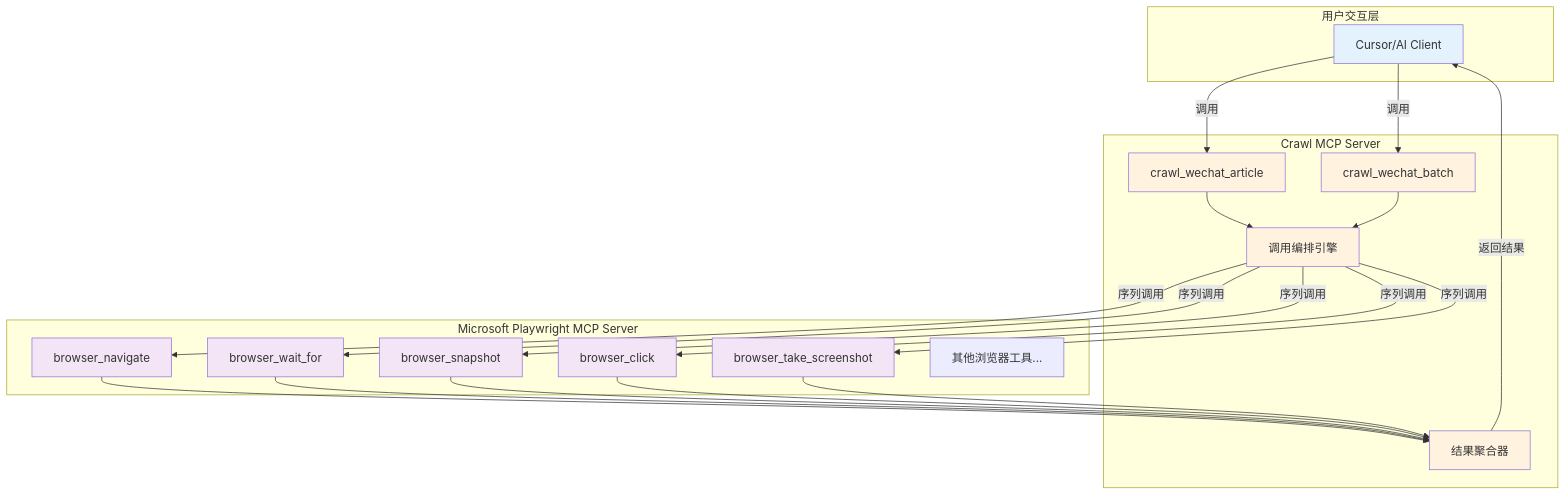
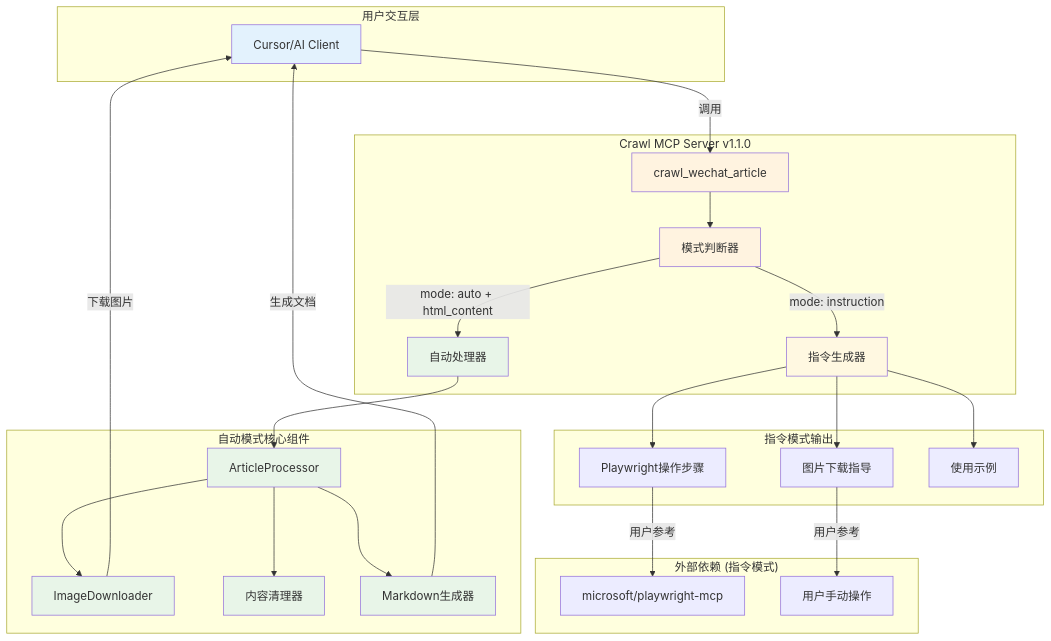
The first of 3 diagrams in docs/crawl.md (wutongci/crawl-mcp), drawn with Mermaid before and after one commit. The commit also changed other lines of this file and 9 other files, not shown here.

````diff
--- a/docs/crawl.md
+++ b/docs/crawl.md
@@ -77,52 +100,62 @@
 ```mermaid
 graph TB
     subgraph "用户交互层"
         A[Cursor/AI Client]
     end
     
-    subgraph "Crawl MCP Server"
+    subgraph "Crawl MCP Server v1.1.0"
         B[crawl_wechat_article]
-        C[crawl_wechat_batch]
-        D[调用编排引擎]
-        E[结果聚合器]
+        C[模式判断器]
+        D[指令生成器]
+        E[自动处理器]
     end
     
-    subgraph "Microsoft Playwright MCP Server"
-        F[browser_navigate]
-        G[browser_wait_for]
-        H[browser_snapshot]
-        I[browser_click]
-        J[browser_take_screenshot]
-        K[其他浏览器工具...]
+    subgraph "自动模式核心组件"
+        F[ArticleProcessor]
+        G[ImageDownloader]
+        H[内容清理器]
+        I[Markdown生成器]
+    end
+    
+    subgraph "指令模式输出"
+        J[Playwright操作步骤]
+        K[图片下载指导]
+        L[使用示例]
+    end
+    
+    subgraph "外部依赖 (指令模式)"
+        M[microsoft/playwright-mcp]
+        N[用户手动操作]
     end
     
     A -->|调用| B
-    A -->|调用| C
-    B --> D
-    C --> D
+    B --> C
     
-    D -->|序列调用| F
-    D -->|序列调用| G  
-    D -->|序列调用| H
-    D -->|序列调用| I
-    D -->|序列调用| J
+    C -->|mode: instruction| D
+    C -->|mode: auto + html_content| E
     
-    F --> E
-    G --> E
-    H --> E
-    I --> E
-    J --> E
+    D --> J
+    D --> K
+    D --> L
     
-    E -->|返回结果| A
+    E --> F
+    F --> G
+    F --> H
+    F --> I
+    
+    J -->|用户参考| M
+    K -->|用户参考| N
+    
+    G -->|下载图片| A
+    I -->|生成文档| A
     
     style A fill:#e3f2fd
     style B fill:#fff3e0
     style C fill:#fff3e0
-    style D fill:#fff3e0
-    style E fill:#fff3e0
-    style F fill:#f3e5f5
-    style G fill:#f3e5f5
-    style H fill:#f3e5f5
-    style I fill:#f3e5f5
-    style J fill:#f3e5f5
+    style D fill:#fff8e1
+    style E fill:#e8f5e8
+    style F fill:#e8f5e8
+    style G fill:#e8f5e8
+    style H fill:#e8f5e8
+    style I fill:#e8f5e8
 ```
````
